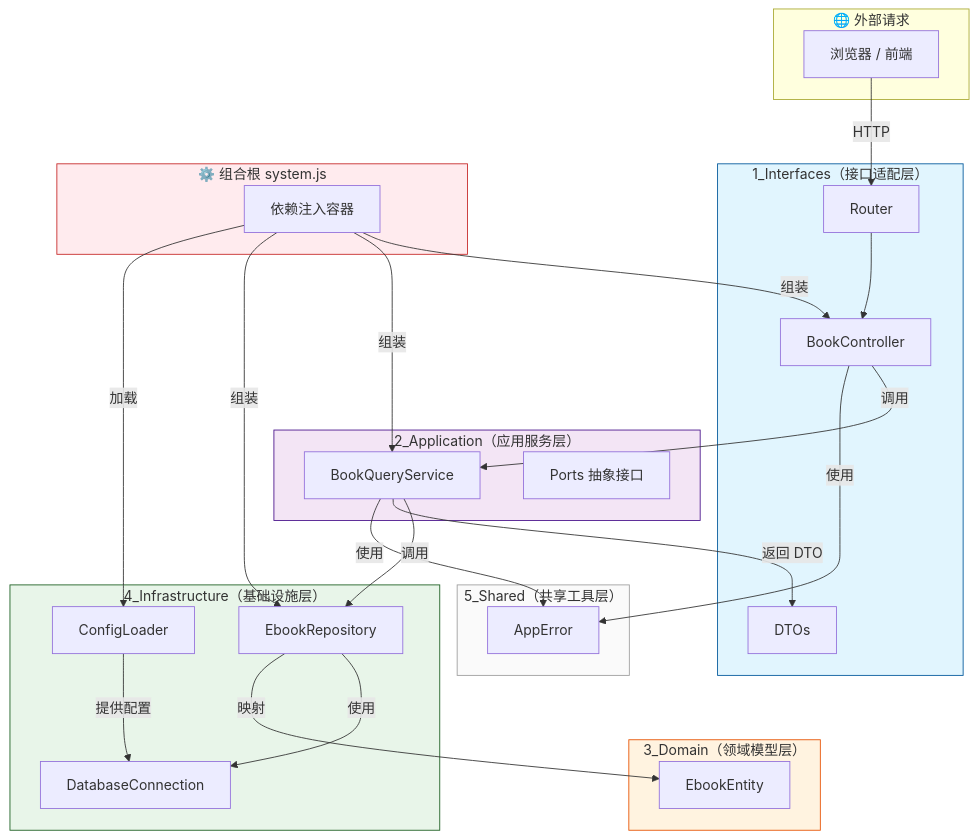
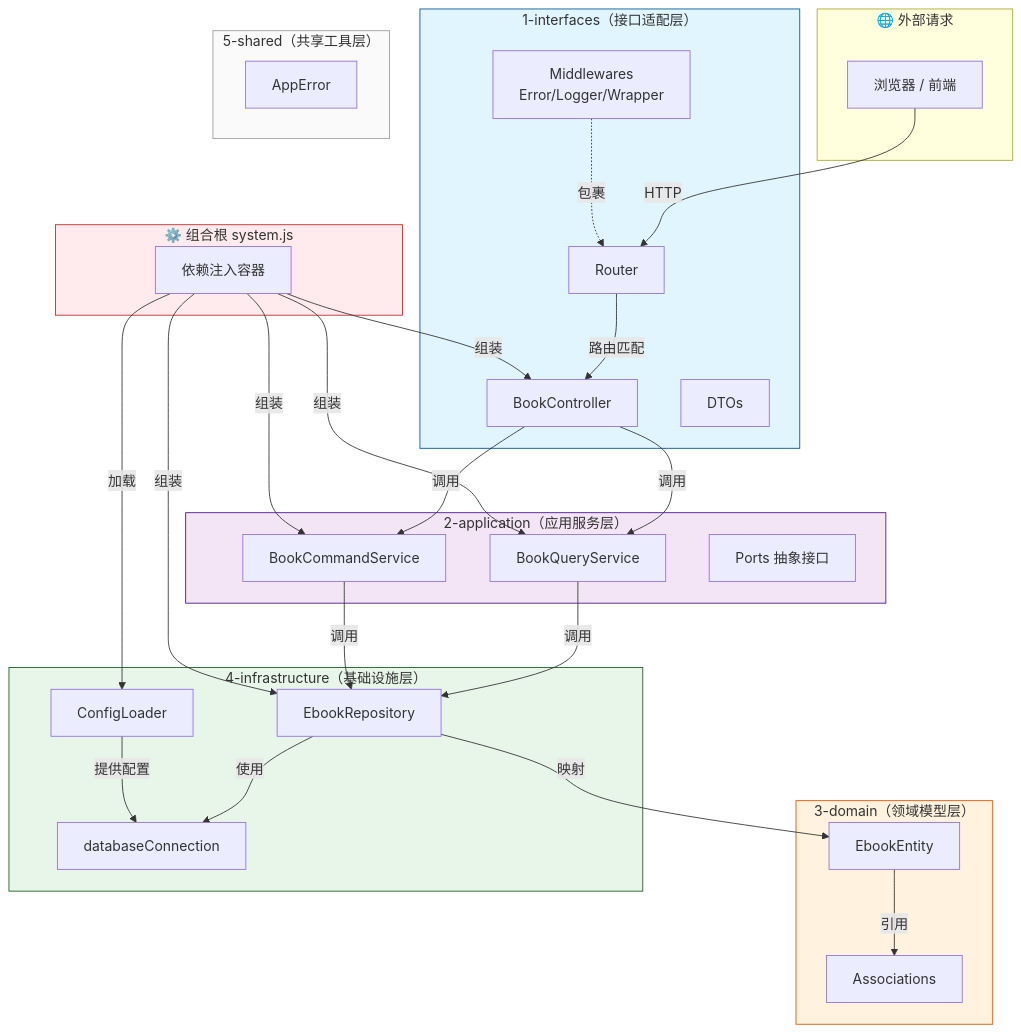
One commit to EbookWorkshop/Api-v4 changed the diagram in docs/architecture.mmd. Above: the diagram before and after it, drawn with Mermaid. The commit also changed 54 other files, not shown here.

```diff
--- a/docs/architecture.mmd
+++ b/docs/architecture.mmd
@@ -1,62 +1,67 @@
 flowchart TB
     subgraph External["🌐 外部请求"]
         User[浏览器 / 前端]
     end
 
-    subgraph Layer1["1_Interfaces（接口适配层）"]
+    subgraph Layer1["1-interfaces（接口适配层）"]
         Controller[BookController]
         Router[Router]
         DTO[DTOs]
+        Middlewares[Middlewares<br>Error/Logger/Wrapper]
     end
 
-    subgraph Layer2["2_Application（应用服务层）"]
-        Service[BookQueryService]
+    subgraph Layer2["2-application（应用服务层）"]
+        Query[BookQueryService]
+        Command[BookCommandService]
         Ports[Ports 抽象接口]
     end
 
-    subgraph Layer3["3_Domain（领域模型层）"]
+    subgraph Layer3["3-domain（领域模型层）"]
         Entity[EbookEntity]
+        Assoc[Associations]
     end
 
-    subgraph Layer4["4_Infrastructure（基础设施层）"]
+    subgraph Layer4["4-infrastructure（基础设施层）"]
         Repo[EbookRepository]
-        DB[DatabaseConnection]
+        DB[databaseConnection]
         Config[ConfigLoader]
     end
 
-    subgraph Layer5["5_Shared（共享工具层）"]
+    subgraph Layer5["5-shared（共享工具层）"]
         Errors[AppError]
     end
 
     subgraph System["⚙️ 组合根 system.js"]
         DI[依赖注入容器]
     end
 
     User -->|HTTP| Router
-    Router --> Controller
-    Controller -->|调用| Service
-    Service -->|调用| Repo
+    Router -->|路由匹配| Controller
+    Controller -->|调用| Query
+    Controller -->|调用| Command
+    Query -->|调用| Repo
+    Command -->|调用| Repo
     Repo -->|使用| DB
     Repo -->|映射| Entity
-    Service -->|返回 DTO| DTO
+    Entity -->|引用| Assoc
     DI -->|组装| Controller
-    DI -->|组装| Service
+    DI -->|组装| Query
+    DI -->|组装| Command
     DI -->|组装| Repo
     DI -->|加载| Config
     Config -->|提供配置| DB
-    Controller -->|使用| Errors
-    Service -->|使用| Errors
+    Middlewares -.->|包裹| Router
 
     classDef outer fill:#e1f5fe,stroke:#01579b;
     classDef inner fill:#f3e5f5,stroke:#4a148c;
     classDef core fill:#fff3e0,stroke:#e65100;
     classDef infra fill:#e8f5e9,stroke:#1b5e20;
     classDef tool fill:#fafafa,stroke:#9e9e9e;
     classDef di fill:#ffebee,stroke:#c62828;
 
     class Layer1 outer;
     class Layer2 inner;
     class Layer3 core;
     class Layer4 infra;
     class Layer5 tool;
     class System di;
```
